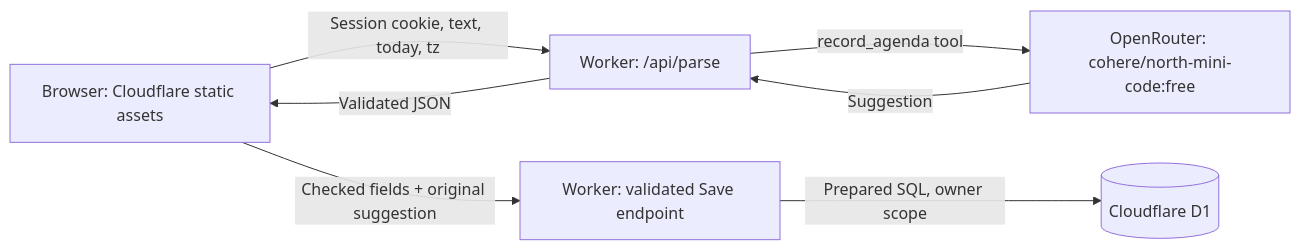
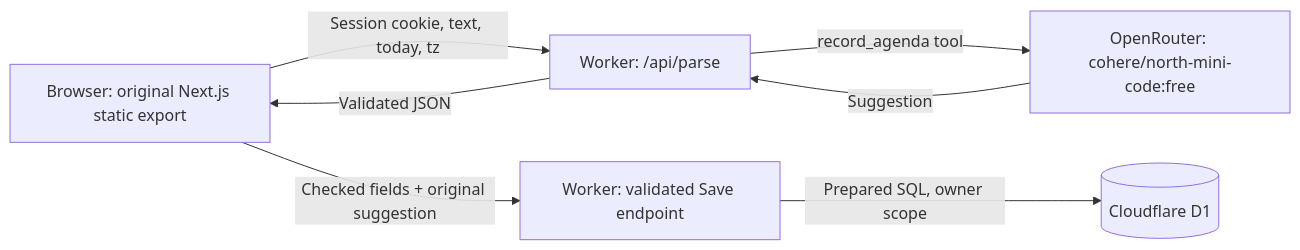
Before and after one commit to oryavchik/Peach: the diagram in docs/CLOUDFLARE_DEMO.md, drawn with Mermaid. The commit also changed other lines of this file and 26 other files, not shown here.

Commit message:
Host original Peach interface on Cloudflare Free

````diff
--- a/docs/CLOUDFLARE_DEMO.md
+++ b/docs/CLOUDFLARE_DEMO.md
@@ -25,14 +33,14 @@
 ```mermaid
 flowchart LR
-  browser[Browser: Cloudflare static assets]
+  browser[Browser: original Next.js static export]
   parser[Worker: /api/parse]
   model[OpenRouter: cohere/north-mini-code:free]
   api[Worker: validated Save endpoint]
   db[(Cloudflare D1)]
   browser -->|Session cookie, text, today, tz| parser
   parser -->|record_agenda tool| model
   model -->|Suggestion| parser
   parser -->|Validated JSON| browser
   browser -->|Checked fields + original suggestion| api
   api -->|Prepared SQL, owner scope| db
 ```
````
